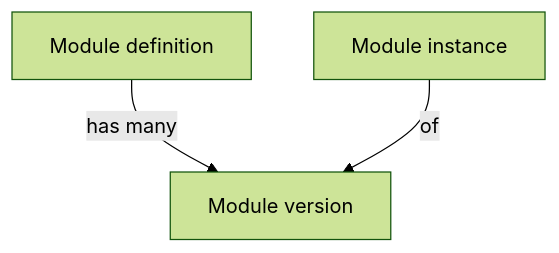
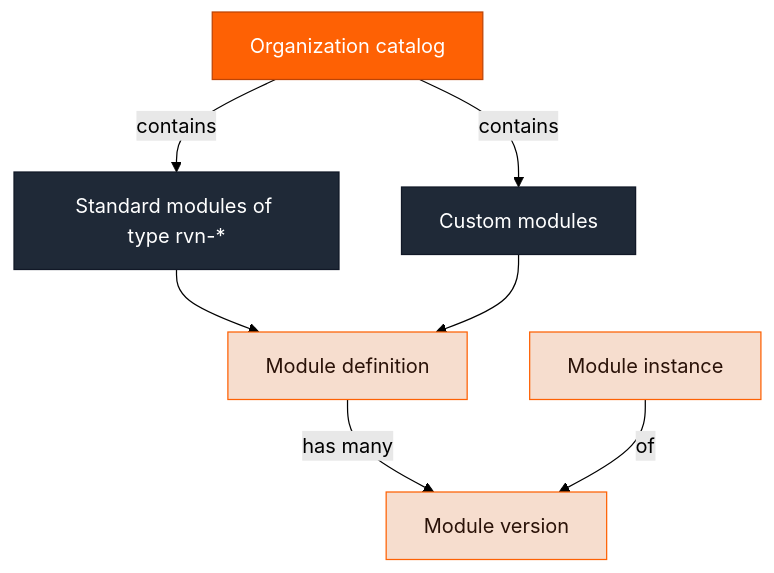
The second of 2 diagrams in concepts/modules.mdx (flightcontrolhq/docs), drawn with Mermaid (forest theme) before and after one commit. The commit also changed other lines of this file and 7 other files, not shown here.

````diff
--- a/concepts/modules.mdx
+++ b/concepts/modules.mdx
@@ -30,5 +47,17 @@
 ```mermaid
 flowchart
-  ModuleDefinition[Module definition] -- has many --> ModuleVersion[Module version]
+  OrgCatalog[Organization catalog] -- contains --> StandardModules[Standard modules of type rvn-*]
+  OrgCatalog -- contains --> CustomModules[Custom modules]
+  StandardModules --> ModuleDefinition[Module definition]
+  CustomModules --> ModuleDefinition
+  ModuleDefinition -- has many --> ModuleVersion[Module version]
   ModuleInstance[Module instance] -- of --> ModuleVersion
+
+  class OrgCatalog catalog
+  class StandardModules,CustomModules source
+  class ModuleDefinition,ModuleVersion,ModuleInstance module
+
+  classDef catalog fill:#FE6104,stroke:#BD4406,color:#fff
+  classDef source fill:#1f2937,stroke:#111827,color:#fff
+  classDef module fill:#F6DDCE,stroke:#FE6104,color:#2a1208
 ```
````
